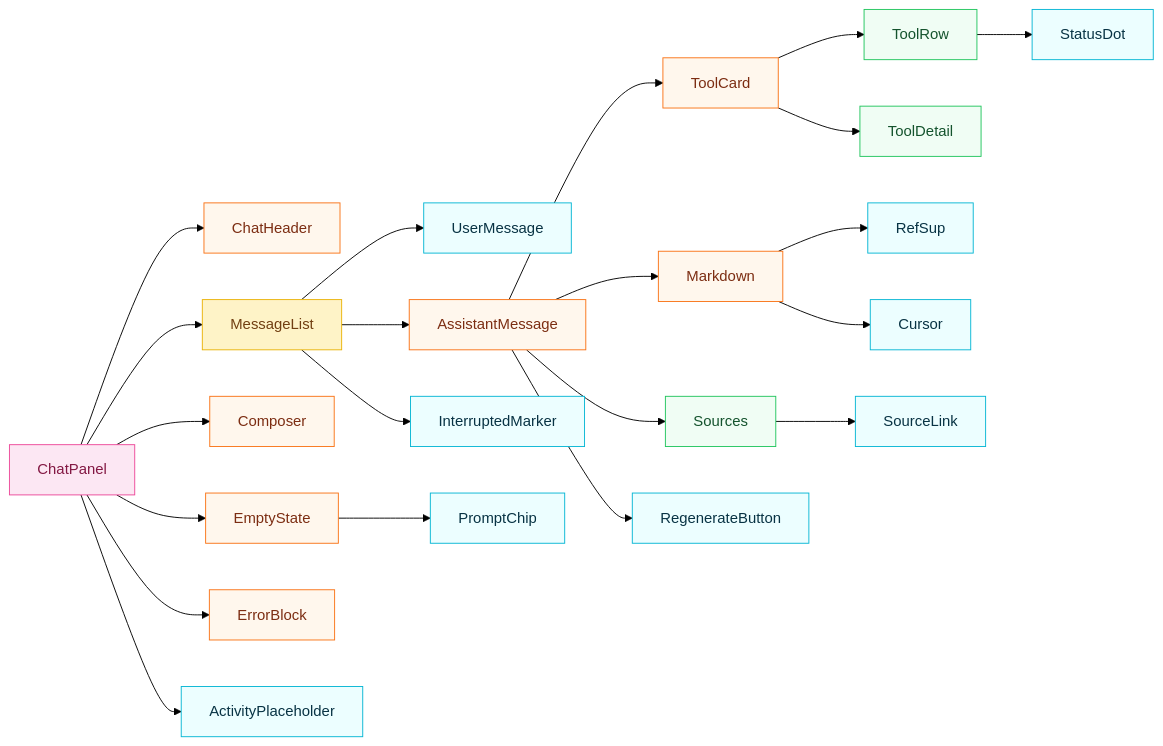
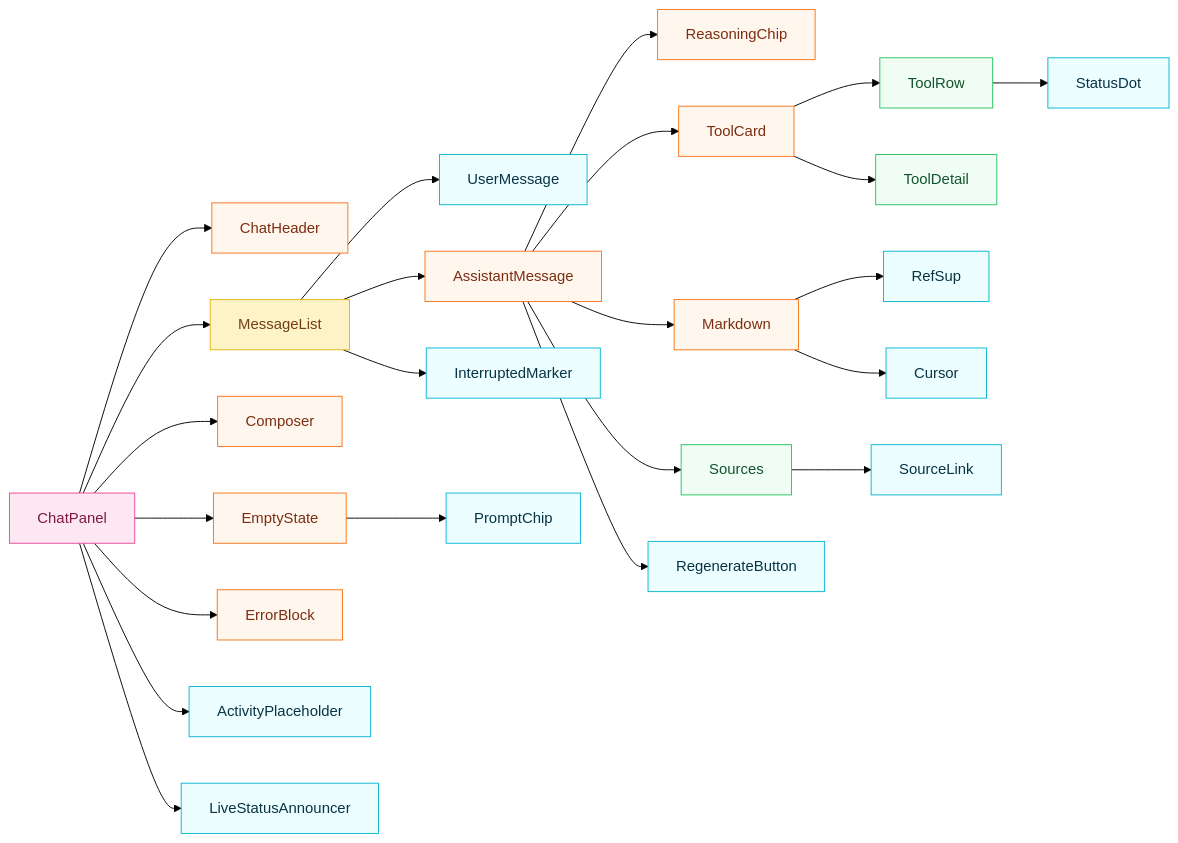
Before and after one commit to wei-yiting/fin-lab-x: the second of 4 diagrams in docs/frontend_chat_architecture.md, drawn with Mermaid (forest theme). The commit also changed other lines of this file and 41 other files, not shown here.

````diff
--- a/docs/frontend_chat_architecture.md
+++ b/docs/frontend_chat_architecture.md
@@ -96,41 +97,43 @@
 ```mermaid
 flowchart LR
     ChatPanel --> ChatHeader
     ChatPanel --> MessageList
     ChatPanel --> Composer
     ChatPanel --> EmptyState
     ChatPanel --> ErrorBlock
     ChatPanel --> ActivityPlaceholder
+    ChatPanel --> LiveStatusAnnouncer
 
     MessageList --> UserMessage
     MessageList --> AssistantMessage
     MessageList --> InterruptedMarker
 
+    AssistantMessage --> ReasoningChip
     AssistantMessage --> ToolCard
     AssistantMessage --> Markdown
     AssistantMessage --> Sources
     AssistantMessage --> RegenerateButton
 
     ToolCard --> ToolRow
     ToolCard --> ToolDetail
     ToolRow --> StatusDot
 
     Markdown --> RefSup
     Markdown --> Cursor
 
     Sources --> SourceLink
 
     EmptyState --> PromptChip
 
     classDef atomCls fill:#ecfeff,stroke:#06b6d4,color:#083344
     classDef moleculeCls fill:#f0fdf4,stroke:#22c55e,color:#14532d
     classDef organismCls fill:#fff7ed,stroke:#f97316,color:#7c2d12
     classDef templateCls fill:#fef3c7,stroke:#eab308,color:#713f12
     classDef pageCls fill:#fce7f3,stroke:#ec4899,color:#831843
 
-    class StatusDot,RefSup,Cursor,ActivityPlaceholder,PromptChip,RegenerateButton,InterruptedMarker,SourceLink,UserMessage atomCls
+    class StatusDot,RefSup,Cursor,ActivityPlaceholder,PromptChip,RegenerateButton,InterruptedMarker,LiveStatusAnnouncer,SourceLink,UserMessage atomCls
     class ToolRow,ToolDetail,Sources moleculeCls
-    class ChatHeader,AssistantMessage,ToolCard,Markdown,ErrorBlock,Composer,EmptyState organismCls
+    class ReasoningChip,ChatHeader,AssistantMessage,ToolCard,Markdown,ErrorBlock,Composer,EmptyState organismCls
     class MessageList templateCls
     class ChatPanel pageCls
 ```
````
